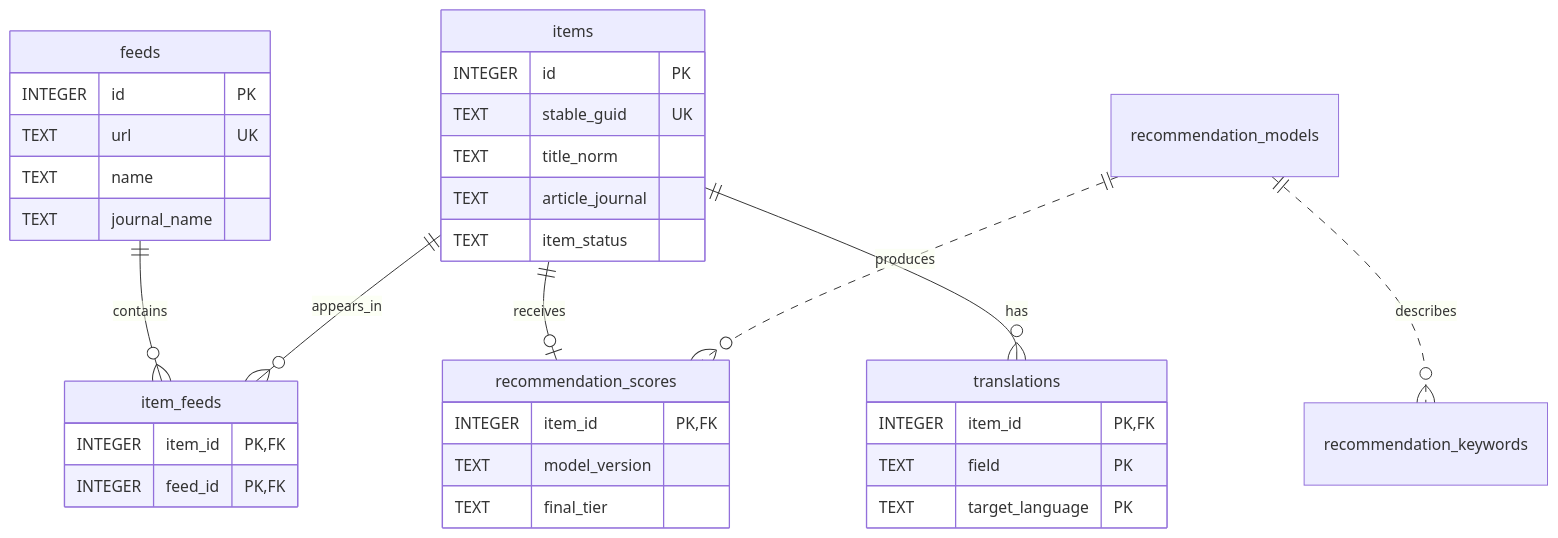
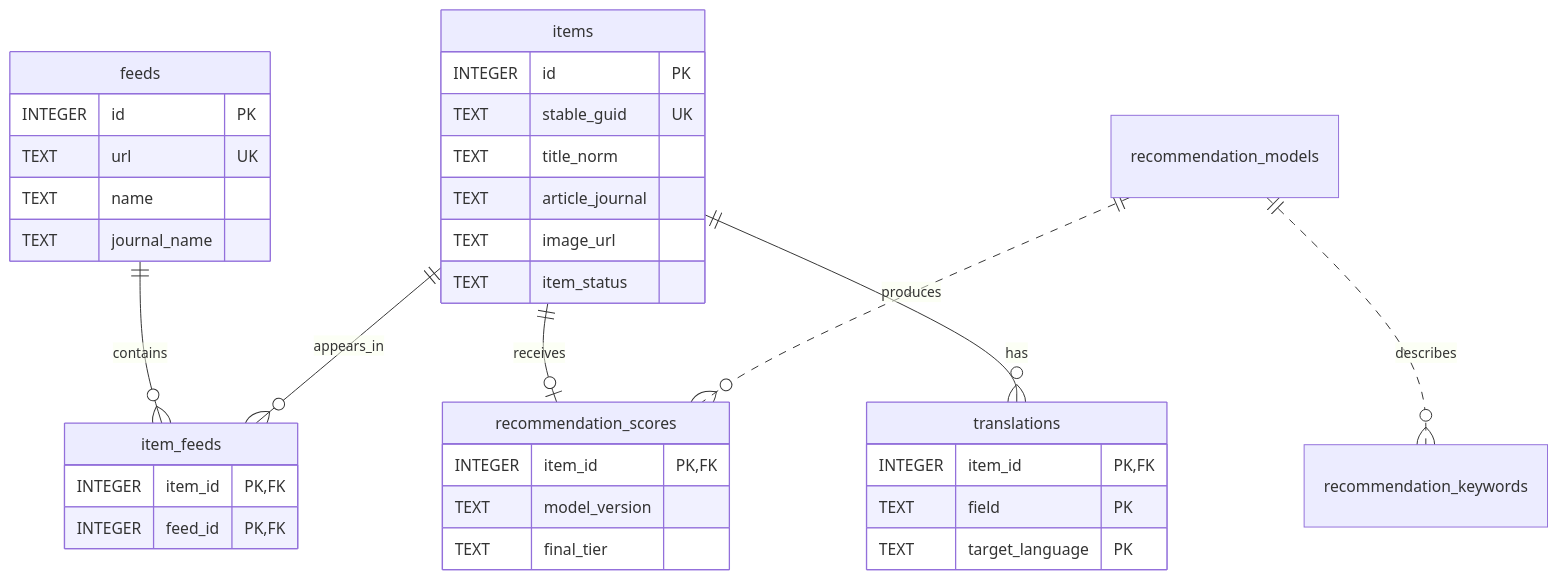
One commit to ApoclyReol/Academic_RSS_Reader-Obsidian changed the diagram in docs/DATABASE.md. Above: the diagram before and after it, drawn with Mermaid. The commit also changed other lines of this file and 30 other files, not shown here.

````diff
--- a/docs/DATABASE.md
+++ b/docs/DATABASE.md
@@ -26,37 +26,38 @@
 ```mermaid
 erDiagram
     feeds ||--o{ item_feeds : contains
     items ||--o{ item_feeds : appears_in
     items ||--o| recommendation_scores : receives
     items ||--o{ translations : has
     recommendation_models ||..o{ recommendation_keywords : describes
     recommendation_models ||..o{ recommendation_scores : produces
 
     feeds {
       INTEGER id PK
       TEXT url UK
       TEXT name
       TEXT journal_name
     }
     items {
       INTEGER id PK
       TEXT stable_guid UK
       TEXT title_norm
       TEXT article_journal
+      TEXT image_url
       TEXT item_status
     }
     item_feeds {
       INTEGER item_id PK,FK
       INTEGER feed_id PK,FK
     }
     translations {
       INTEGER item_id PK,FK
       TEXT field PK
       TEXT target_language PK
     }
     recommendation_scores {
       INTEGER item_id PK,FK
       TEXT model_version
       TEXT final_tier
     }
 ```
````
